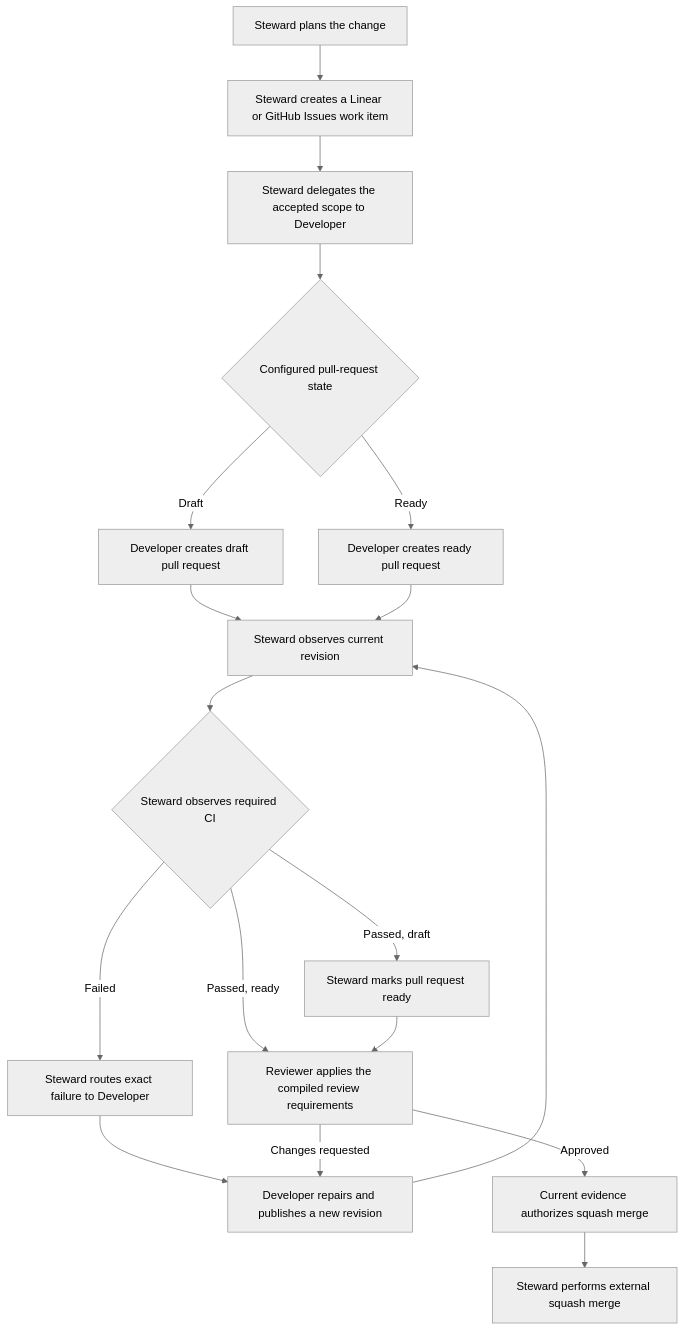
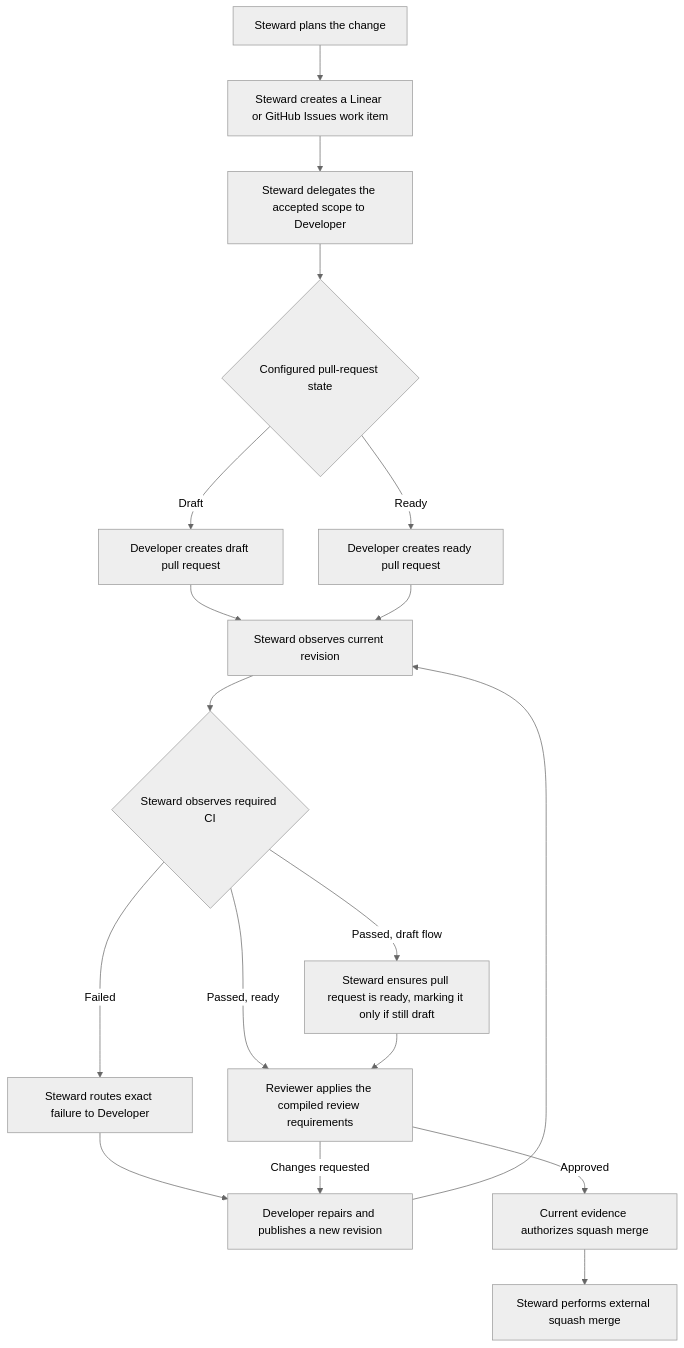
The diagram in docs/development/issue-to-reviewed-pull-request.md (lorekkusu/agentdevflow), drawn with Mermaid (neutral theme) before and after one commit. The commit also changed other lines of this file and 16 other files, not shown here.

````diff
--- a/docs/development/issue-to-reviewed-pull-request.md
+++ b/docs/development/issue-to-reviewed-pull-request.md
@@ -31,20 +31,20 @@
 ```mermaid
 flowchart TD
     Plan["Steward plans the change"] --> Issue["Steward creates a Linear or GitHub Issues work item"]
     Issue --> Delegate["Steward delegates the accepted scope to Developer"]
     Delegate --> Initial{"Configured pull-request state"}
     Initial -->|Draft| Draft["Developer creates draft pull request"]
     Initial -->|Ready| Ready["Developer creates ready pull request"]
     Draft --> Observe["Steward observes current revision"]
     Ready --> Observe
     Observe --> CI{"Steward observes required CI"}
     CI -->|Failed| Route["Steward routes exact failure to Developer"]
     Route --> Repair["Developer repairs and publishes a new revision"]
     Repair --> Observe
-    CI -->|Passed, draft| MarkReady["Steward marks pull request ready"]
+    CI -->|Passed, draft flow| EnsureReady["Steward ensures pull request is ready, marking it only if still draft"]
     CI -->|Passed, ready| Review["Reviewer applies the compiled review requirements"]
-    MarkReady --> Review
+    EnsureReady --> Review
     Review -->|Changes requested| Repair
     Review -->|Approved| Authorize["Current evidence authorizes squash merge"]
     Authorize --> Merge["Steward performs external squash merge"]
 ```
````
